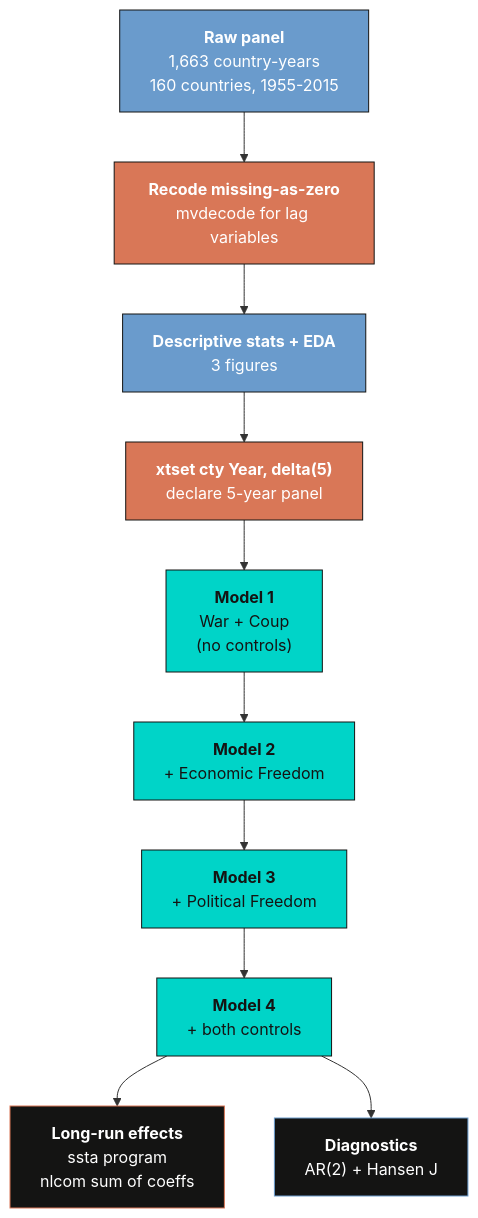
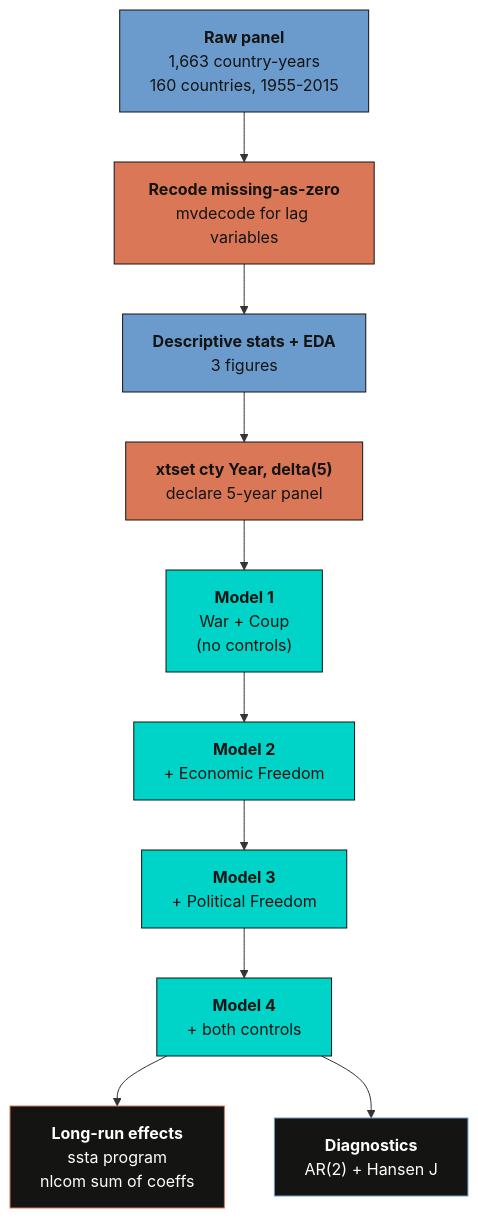
One commit to cmg777/starter-academic-v501 changed the diagram in content/post/stata_dynamic_panel/index.md. Above: the diagram before and after it, drawn with Mermaid. The commit also changed 67 other files, not shown here.

First line of the commit message:
fix(mermaid): readable diagram text in both themes across the site

````diff
--- a/content/post/stata_dynamic_panel/index.md
+++ b/content/post/stata_dynamic_panel/index.md
@@ -86,34 +86,34 @@
 ```mermaid
 graph TD
     DATA["<b>Raw panel</b><br/>1,663 country-years<br/>160 countries, 1955-2015"]
     CLEAN["<b>Recode missing-as-zero</b><br/>mvdecode for lag variables"]
     EDA["<b>Descriptive stats + EDA</b><br/>3 figures"]
     XTSET["<b>xtset cty Year, delta(5)</b><br/>declare 5-year panel"]
     M1["<b>Model 1</b><br/>War + Coup<br/>(no controls)"]
     M2["<b>Model 2</b><br/>+ Economic Freedom"]
     M3["<b>Model 3</b><br/>+ Political Freedom"]
     M4["<b>Model 4</b><br/>+ both controls"]
     LR["<b>Long-run effects</b><br/>ssta program<br/>nlcom sum of coeffs"]
     DIAG["<b>Diagnostics</b><br/>AR(2) + Hansen J"]
 
     DATA --> CLEAN
     CLEAN --> EDA
     EDA --> XTSET
     XTSET --> M1
     M1 --> M2
     M2 --> M3
     M3 --> M4
     M4 --> LR
     M4 --> DIAG
 
-    style DATA fill:#6a9bcc,stroke:#141413,color:#fff
-    style CLEAN fill:#d97757,stroke:#141413,color:#fff
-    style EDA fill:#6a9bcc,stroke:#141413,color:#fff
-    style XTSET fill:#d97757,stroke:#141413,color:#fff
+    style DATA fill:#6a9bcc,stroke:#141413,color:#141413
+    style CLEAN fill:#d97757,stroke:#141413,color:#141413
+    style EDA fill:#6a9bcc,stroke:#141413,color:#141413
+    style XTSET fill:#d97757,stroke:#141413,color:#141413
     style M1 fill:#00d4c8,stroke:#141413,color:#141413
     style M2 fill:#00d4c8,stroke:#141413,color:#141413
     style M3 fill:#00d4c8,stroke:#141413,color:#141413
     style M4 fill:#00d4c8,stroke:#141413,color:#141413
     style LR fill:#141413,stroke:#d97757,color:#fff
     style DIAG fill:#141413,stroke:#6a9bcc,color:#fff
 ```
````
